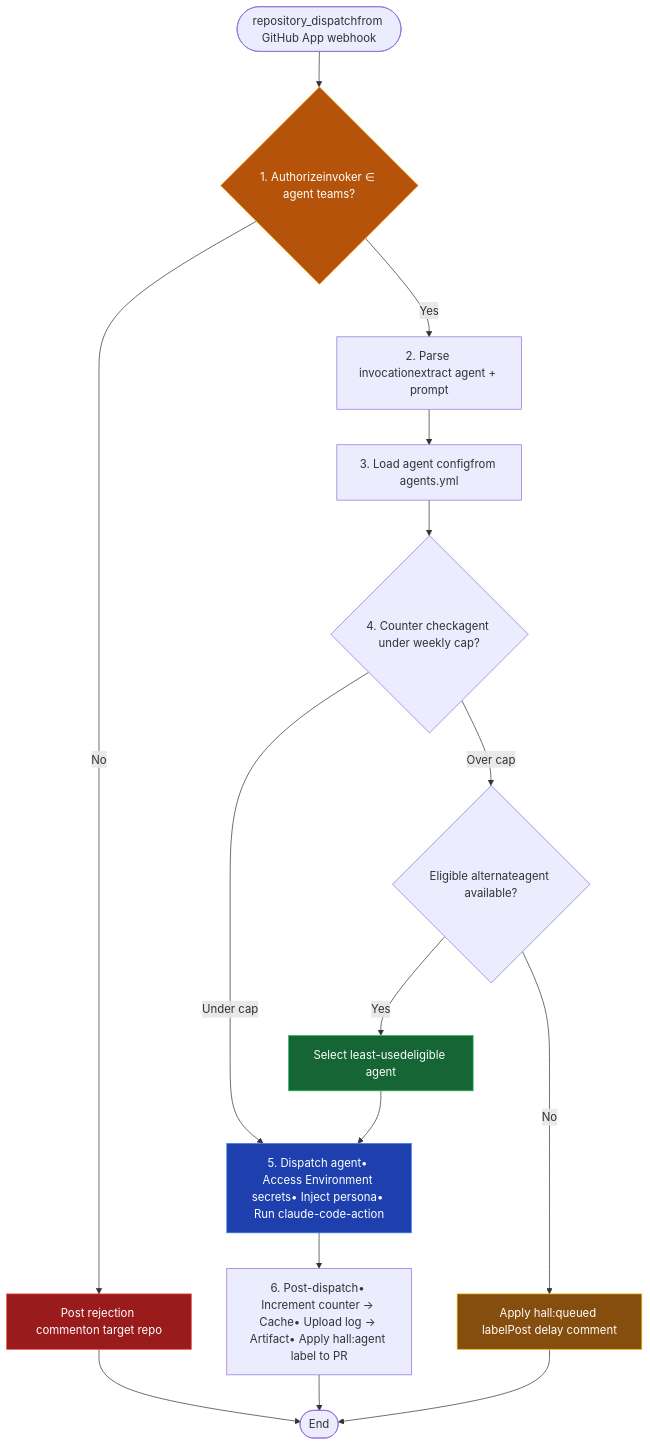
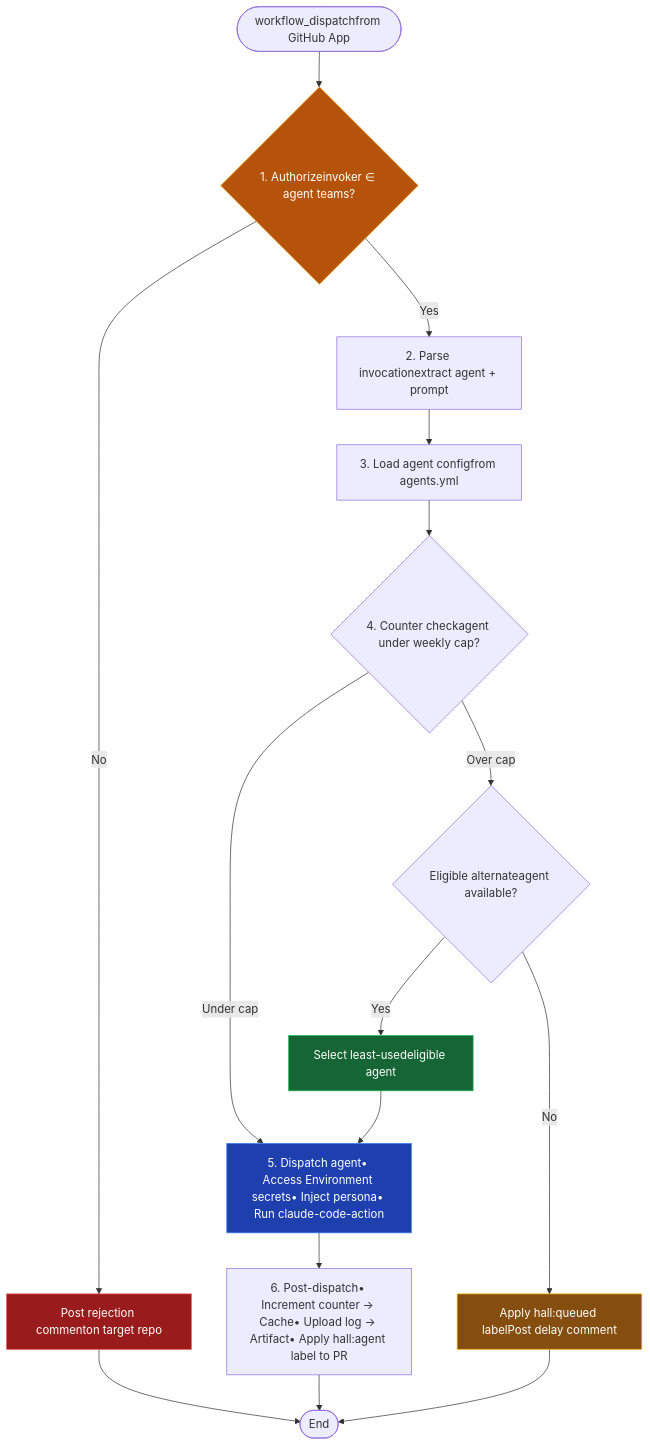
One commit to MockaSort-Studio/hall-of-automata changed the third of 6 diagrams in design_document.md. Above: the diagram before and after it, drawn with Mermaid. The commit also changed other lines of this file, not shown here.

````diff
--- a/design_document.md
+++ b/design_document.md
@@ -224,28 +229,28 @@
 ```mermaid
 flowchart TD
-    START(["repository_dispatchfrom GitHub App webhook"]) --> AUTH
+    START(["workflow_dispatchfrom GitHub App"]) --> AUTH
 
     AUTH{"1. Authorizeinvoker ∈ agent teams?"}
     AUTH -->|No| REJECT["Post rejection commenton target repo"]
     REJECT --> STOP(["End"])
 
     AUTH -->|Yes| PARSE["2. Parse invocationextract agent + prompt"]
     PARSE --> LOAD["3. Load agent configfrom agents.yml"]
     LOAD --> COUNTER{"4. Counter checkagent under weekly cap?"}
 
     COUNTER -->|Under cap| DISPATCH
     COUNTER -->|Over cap| REROUTE{"Eligible alternateagent available?"}
     REROUTE -->|Yes| SWAP["Select least-usedeligible agent"] --> DISPATCH
     REROUTE -->|No| QUEUE["Apply hall:queued labelPost delay comment"] --> STOP
 
     DISPATCH["5. Dispatch agent• Access Environment secrets• Inject persona• Run claude-code-action"]
 
     DISPATCH --> POST["6. Post-dispatch• Increment counter → Cache• Upload log → Artifact• Apply hall:agent label to PR"]
     POST --> STOP
 
     style AUTH fill:#b45309,stroke:#f59e0b,color:#fff
     style DISPATCH fill:#1e40af,stroke:#3b82f6,color:#fff
     style REJECT fill:#991b1b,stroke:#ef4444,color:#fff
     style QUEUE fill:#854d0e,stroke:#eab308,color:#fff
     style SWAP fill:#166534,stroke:#22c55e,color:#fff
 ```
````
